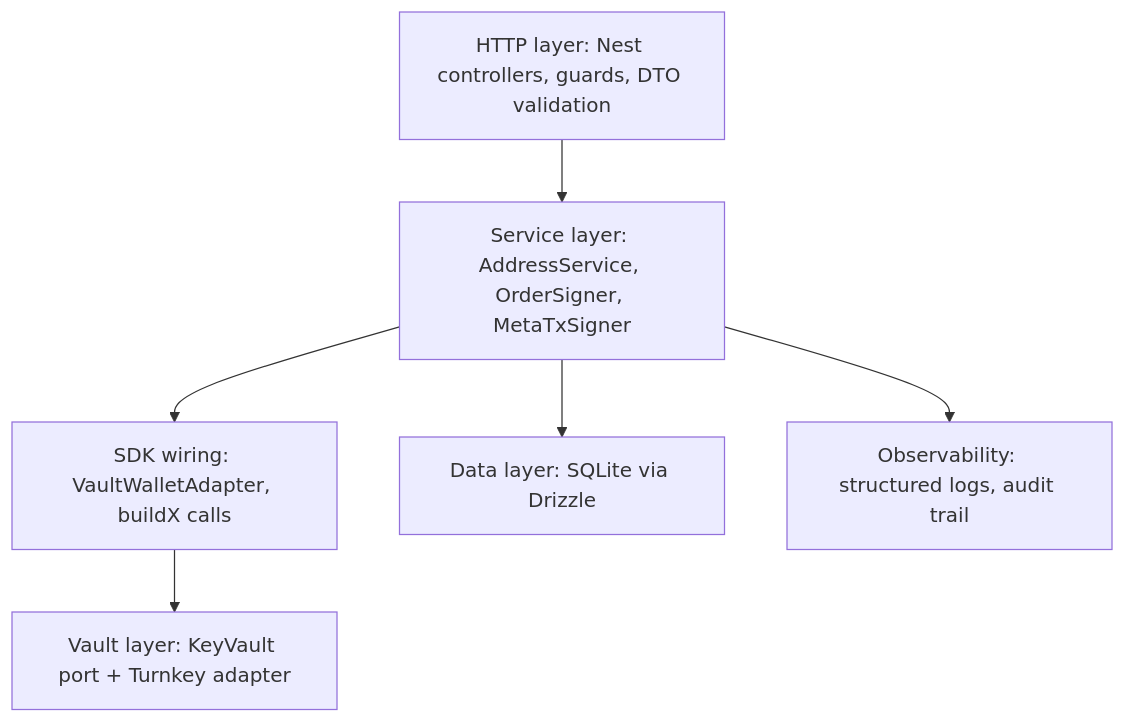
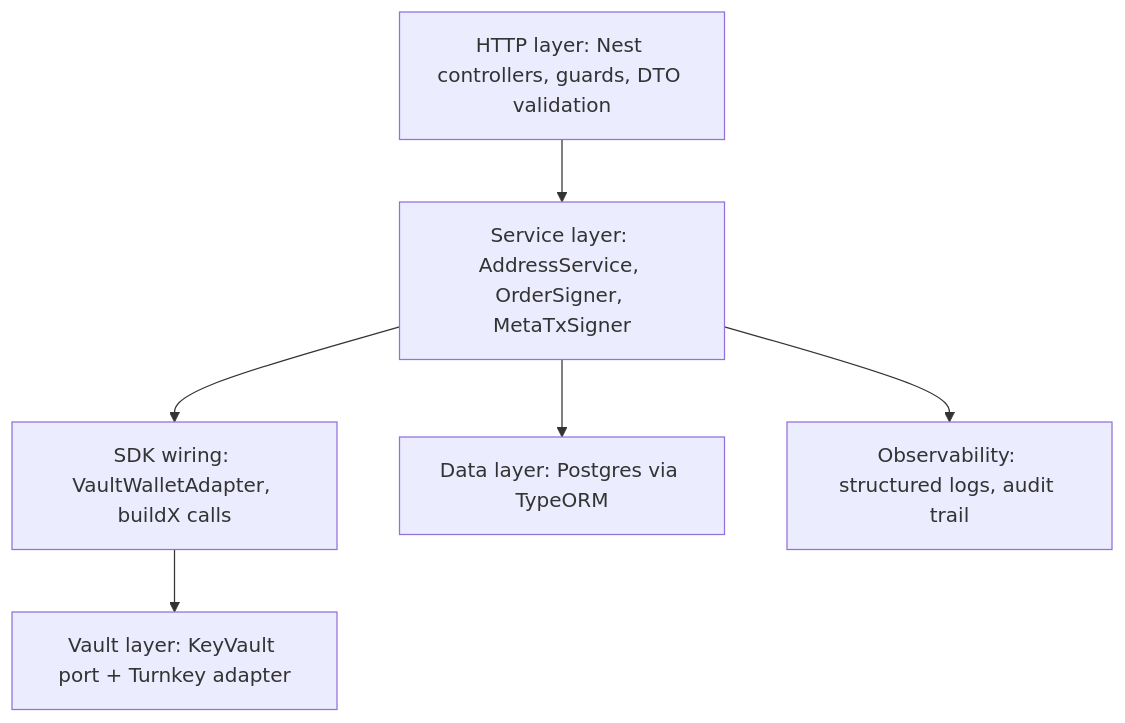
One commit to In-a-bit/dpm-wallet changed the diagram in docs/images/03-layered-view.mmd. Above: the diagram before and after it, drawn with Mermaid. The commit also changed 61 other files, not shown here.

Commit message:
migrating from sqlite to postgress and from drizzle-orm to typeorm

```diff
--- a/docs/images/03-layered-view.mmd
+++ b/docs/images/03-layered-view.mmd
@@ -1,13 +1,13 @@
 flowchart TB
   http[HTTP layer: Nest controllers, guards, DTO validation]
   svc[Service layer: AddressService, OrderSigner, MetaTxSigner]
   sdkw[SDK wiring: VaultWalletAdapter, buildX calls]
   vaultL[Vault layer: KeyVault port + Turnkey adapter]
-  data[Data layer: SQLite via Drizzle]
+  data[Data layer: Postgres via TypeORM]
   obs[Observability: structured logs, audit trail]
 
   http --> svc
   svc --> sdkw
   svc --> data
   sdkw --> vaultL
   svc --> obs
```
